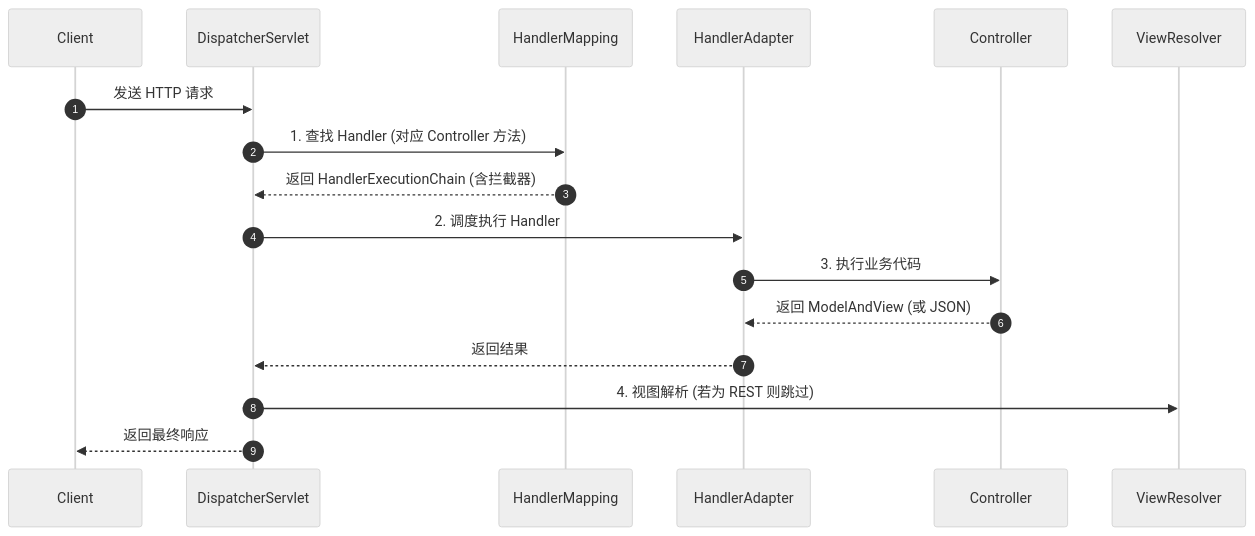
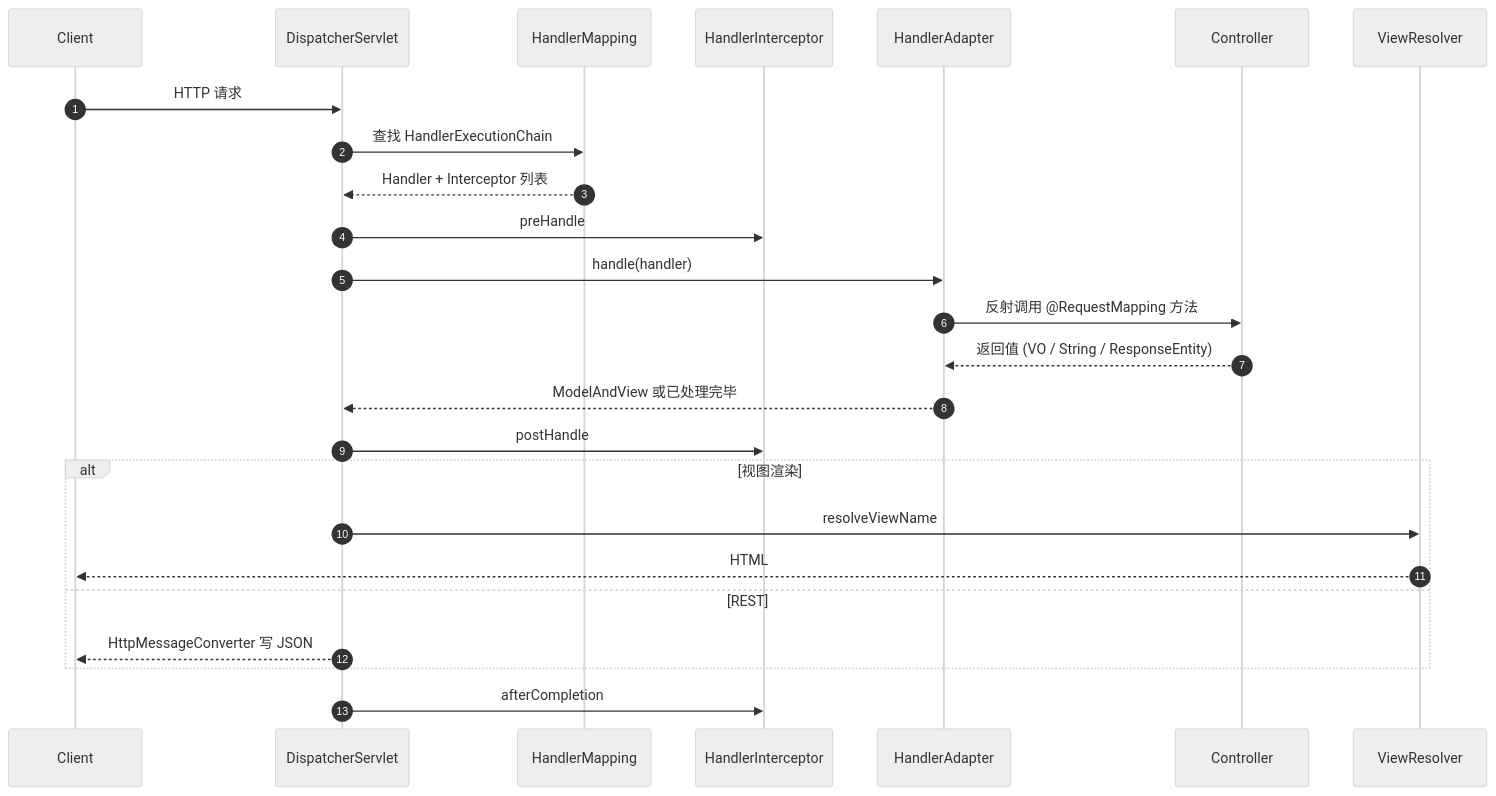
The first of 2 diagrams in docs/java/spring/22-mvc-remote-call.md (Aiden-Coding/AiDocs), drawn with Mermaid (neutral theme) before and after one commit. The commit also changed other lines of this file and 21 other files, not shown here.

````diff
--- a/docs/java/spring/22-mvc-remote-call.md
+++ b/docs/java/spring/22-mvc-remote-call.md
@@ -17,20 +17,28 @@
 ```mermaid
 sequenceDiagram
     autonumber
     participant Client
     participant DS as DispatcherServlet
     participant HM as HandlerMapping
+    participant HI as HandlerInterceptor
     participant HA as HandlerAdapter
     participant Controller
     participant VR as ViewResolver
 
-    Client->>DS: 发送 HTTP 请求
-    DS->>HM: 1. 查找 Handler (对应 Controller 方法)
-    HM-->>DS: 返回 HandlerExecutionChain (含拦截器)
-    DS->>HA: 2. 调度执行 Handler
-    HA->>Controller: 3. 执行业务代码
-    Controller-->>HA: 返回 ModelAndView (或 JSON)
-    HA-->>DS: 返回结果
-    DS->>VR: 4. 视图解析 (若为 REST 则跳过)
-    DS-->>Client: 返回最终响应
+    Client->>DS: HTTP 请求
+    DS->>HM: 查找 HandlerExecutionChain
+    HM-->>DS: Handler + Interceptor 列表
+    DS->>HI: preHandle
+    DS->>HA: handle(handler)
+    HA->>Controller: 反射调用 @RequestMapping 方法
+    Controller-->>HA: 返回值 (VO / String / ResponseEntity)
+    HA-->>DS: ModelAndView 或已处理完毕
+    DS->>HI: postHandle
+    alt 视图渲染
+        DS->>VR: resolveViewName
+        VR-->>Client: HTML
+    else REST
+        DS-->>Client: HttpMessageConverter 写 JSON
+    end
+    DS->>HI: afterCompletion
 ```
````
